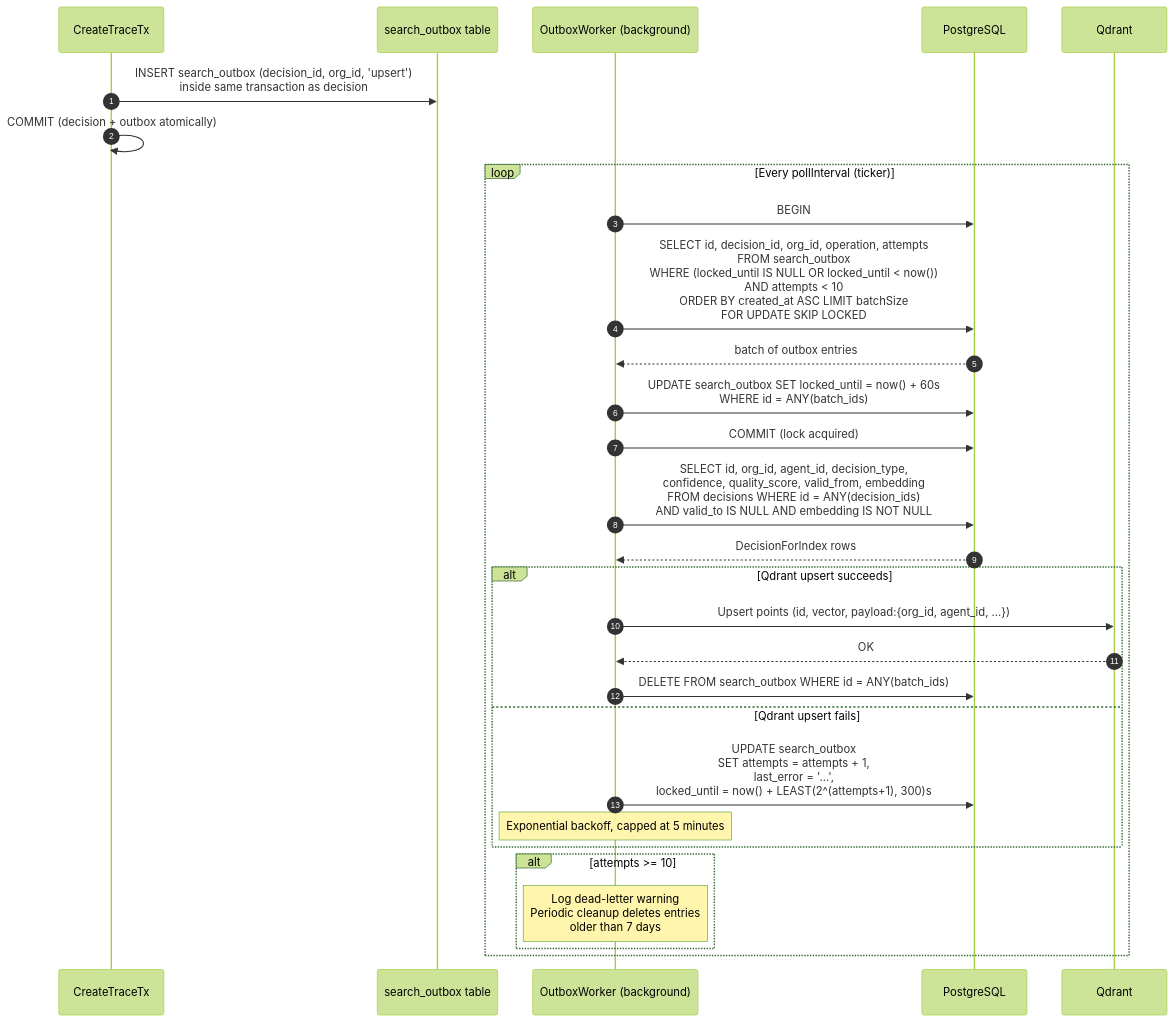
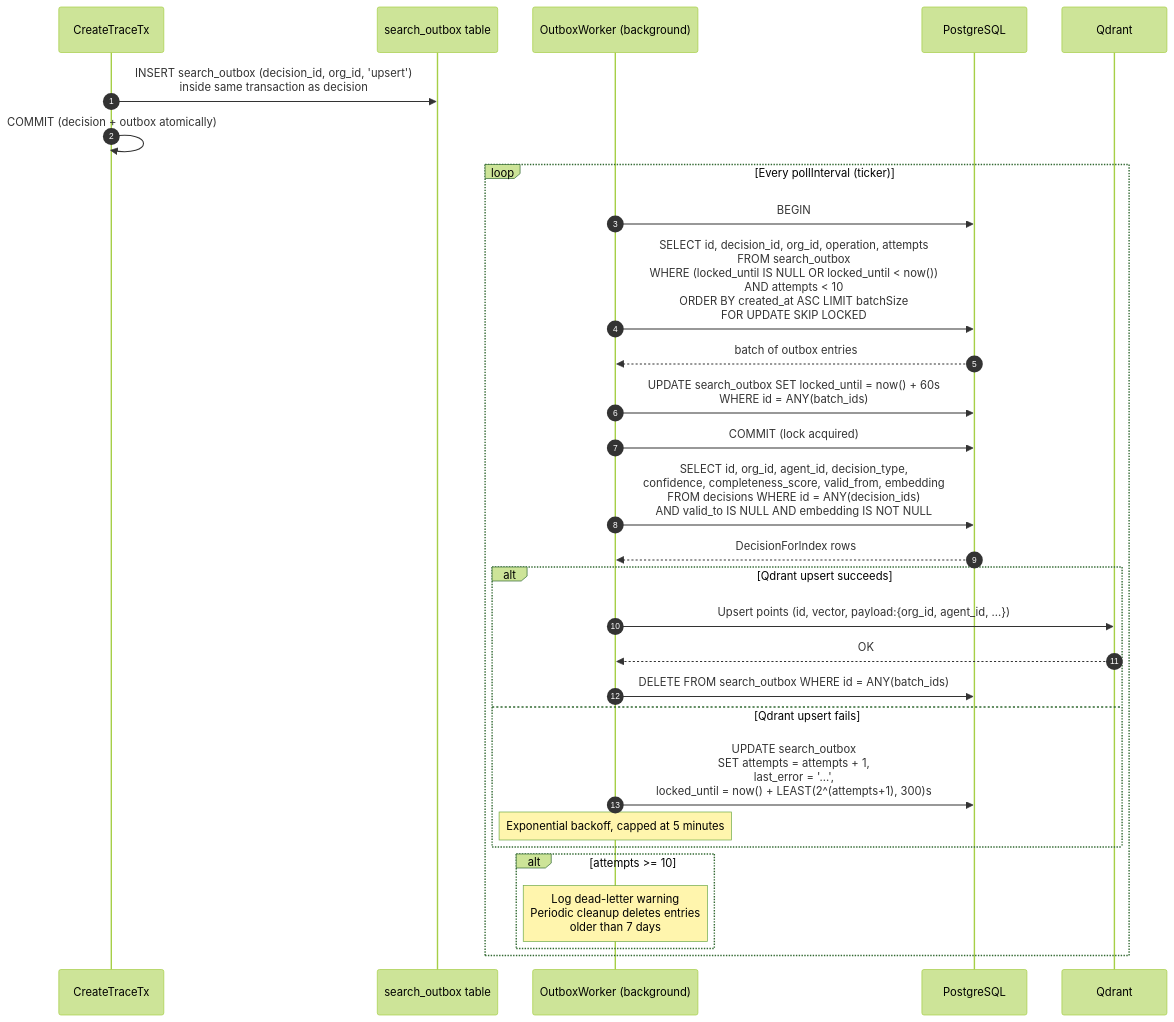
Before and after one commit to ashita-ai/akashi: the third of 6 diagrams in docs/diagrams.md, drawn with Mermaid (forest theme). The commit also changed other lines of this file and 2 other files, not shown here.

First line of the commit message:
docs: update stale ReScore formula and quality_score references

````diff
--- a/docs/diagrams.md
+++ b/docs/diagrams.md
@@ -117,36 +117,36 @@
 ```mermaid
 sequenceDiagram
     autonumber
     participant TX as CreateTraceTx
     participant OB as search_outbox table
     participant W as OutboxWorker (background)
     participant PG as PostgreSQL
     participant QD as Qdrant
 
     TX->>OB: INSERT search_outbox (decision_id, org_id, 'upsert')<br/>inside same transaction as decision
     TX->>TX: COMMIT (decision + outbox atomically)
 
     loop Every pollInterval (ticker)
         W->>PG: BEGIN
         W->>PG: SELECT id, decision_id, org_id, operation, attempts<br/>FROM search_outbox<br/>WHERE (locked_until IS NULL OR locked_until < now())<br/>AND attempts < 10<br/>ORDER BY created_at ASC LIMIT batchSize<br/>FOR UPDATE SKIP LOCKED
         PG-->>W: batch of outbox entries
         W->>PG: UPDATE search_outbox SET locked_until = now() + 60s<br/>WHERE id = ANY(batch_ids)
         W->>PG: COMMIT (lock acquired)
 
-        W->>PG: SELECT id, org_id, agent_id, decision_type,<br/>confidence, quality_score, valid_from, embedding<br/>FROM decisions WHERE id = ANY(decision_ids)<br/>AND valid_to IS NULL AND embedding IS NOT NULL
+        W->>PG: SELECT id, org_id, agent_id, decision_type,<br/>confidence, completeness_score, valid_from, embedding<br/>FROM decisions WHERE id = ANY(decision_ids)<br/>AND valid_to IS NULL AND embedding IS NOT NULL
         PG-->>W: DecisionForIndex rows
 
         alt Qdrant upsert succeeds
             W->>QD: Upsert points (id, vector, payload:{org_id, agent_id, ...})
             QD-->>W: OK
             W->>PG: DELETE FROM search_outbox WHERE id = ANY(batch_ids)
         else Qdrant upsert fails
             W->>PG: UPDATE search_outbox<br/>SET attempts = attempts + 1,<br/>last_error = '...',<br/>locked_until = now() + LEAST(2^(attempts+1), 300)s
             Note over W: Exponential backoff, capped at 5 minutes
         end
 
         alt attempts >= 10
             Note over W: Log dead-letter warning<br/>Periodic cleanup deletes entries<br/>older than 7 days
         end
     end
 ```
````
